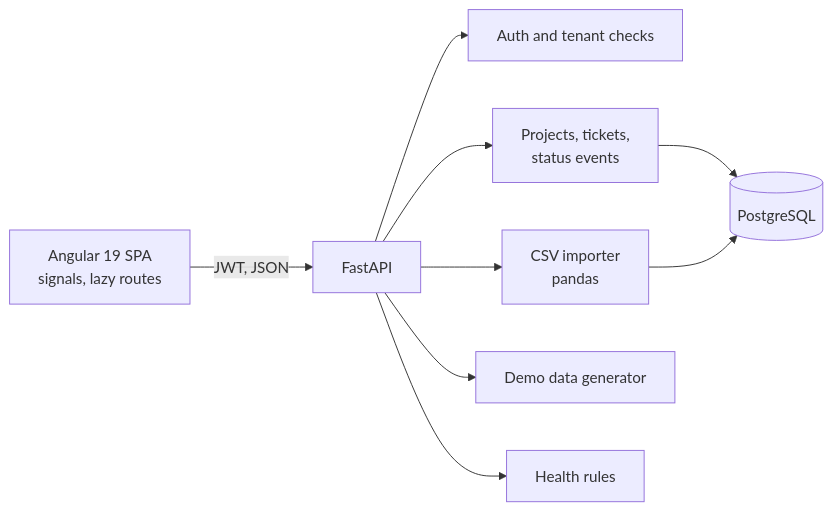
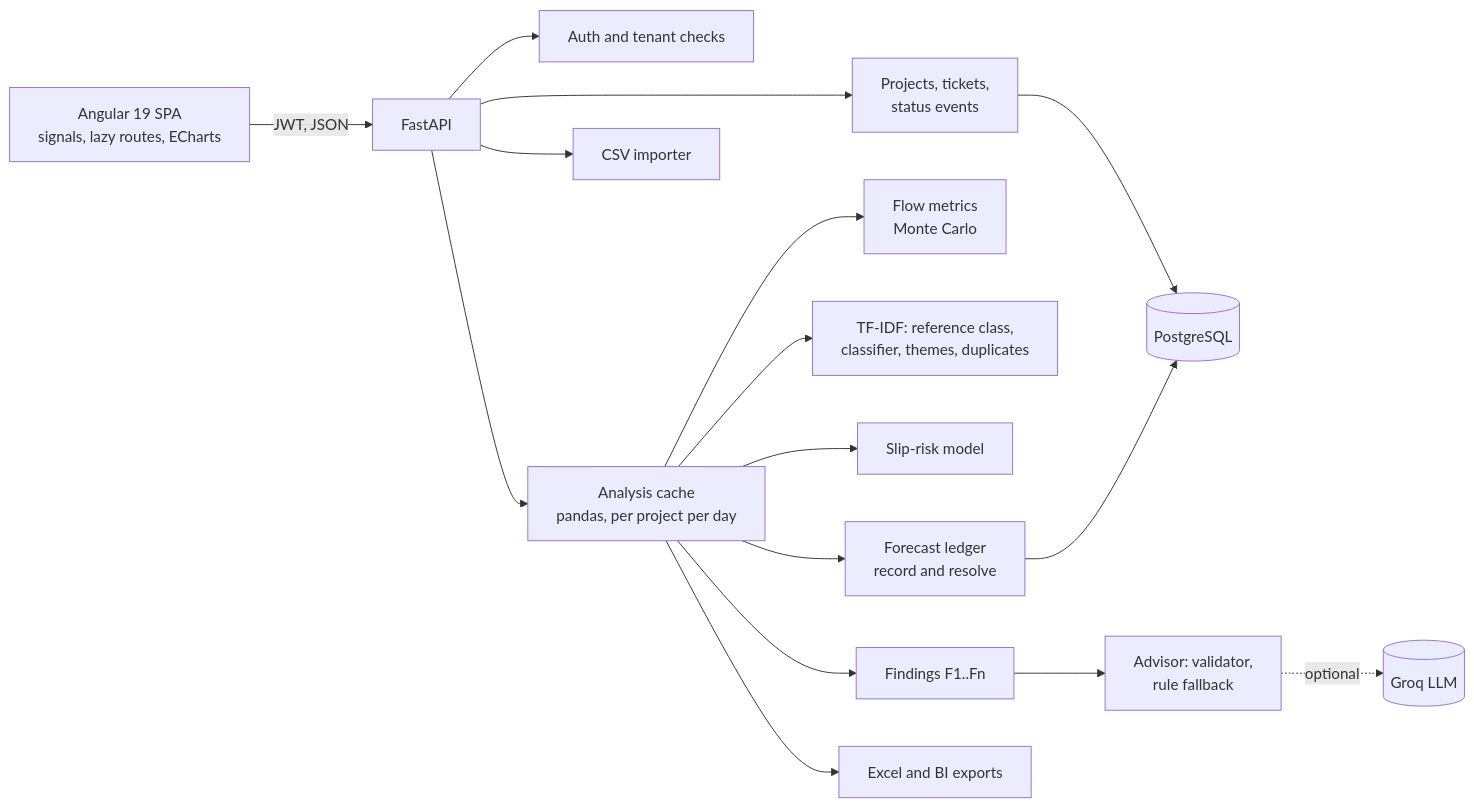
The diagram in README.md (Vegess/SlipCast), drawn with Mermaid before and after one commit. The commit also changed other lines of this file and 9 other files, not shown here.

````diff
--- a/README.md
+++ b/README.md
@@ -41,11 +141,18 @@
 ```mermaid
 flowchart LR
-  WEB[Angular 19 SPA<br/>signals, lazy routes] -->|JWT, JSON| API[FastAPI]
+  WEB[Angular 19 SPA<br/>signals, lazy routes, ECharts] -->|JWT, JSON| API[FastAPI]
   API --> AUTH[Auth and tenant checks]
   API --> CRUD[Projects, tickets,<br/>status events]
-  API --> IMP[CSV importer<br/>pandas]
-  API --> DEMO[Demo data generator]
-  API --> HEALTH[Health rules]
+  API --> IMP[CSV importer]
+  API --> AN[Analysis cache<br/>pandas, per project per day]
+  AN --> FLOW[Flow metrics<br/>Monte Carlo]
+  AN --> NLP[TF-IDF: reference class,<br/>classifier, themes, duplicates]
+  AN --> RISK[Slip-risk model]
+  AN --> LEDGER[Forecast ledger<br/>record and resolve]
+  AN --> FIND[Findings F1..Fn]
+  FIND --> ADV[Advisor: validator,<br/>rule fallback]
+  ADV -.optional.-> GROQ[(Groq LLM)]
   CRUD --> DB[(PostgreSQL)]
-  IMP --> DB
+  LEDGER --> DB
+  AN --> EXP[Excel and BI exports]
 ```
````
